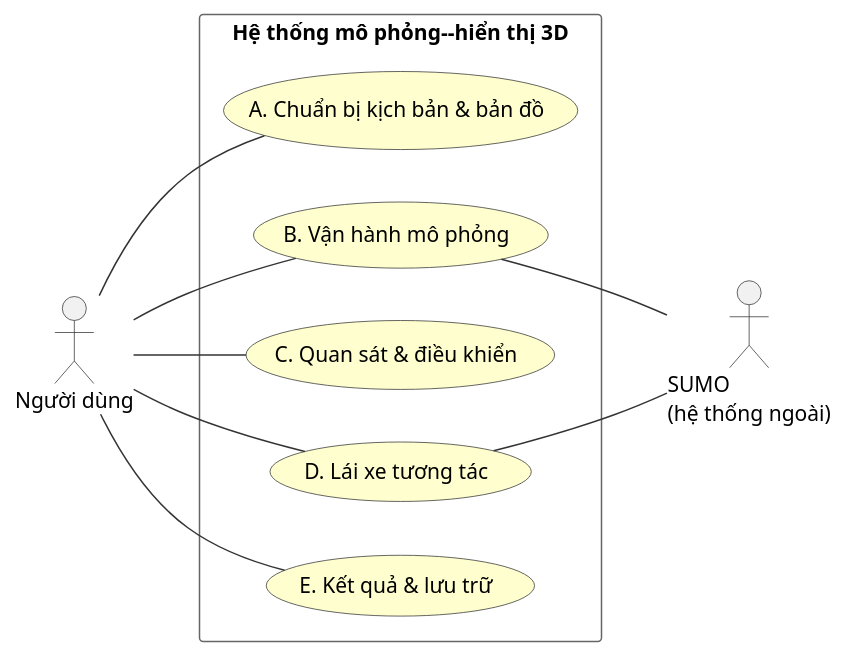
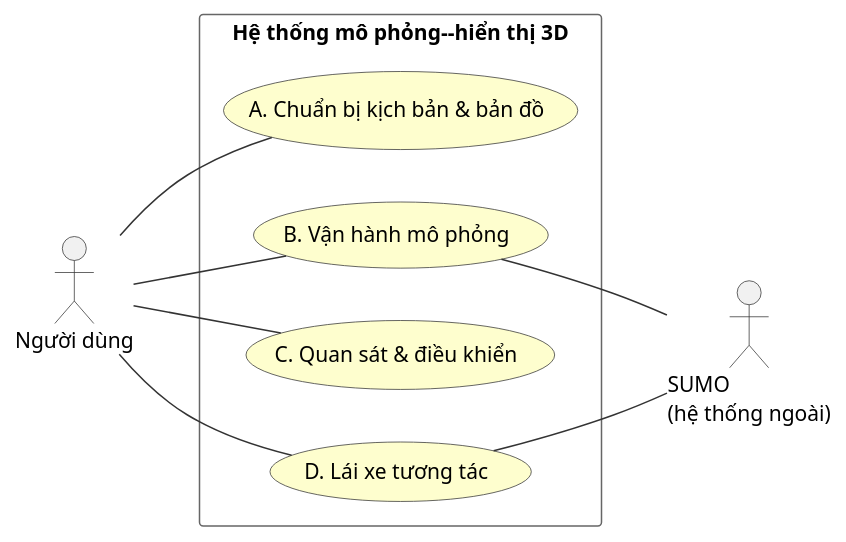
Before and after one commit to MinhHoang137/SUMO-GR1: the diagram in DiagramsCode/hinh2.2-usecase-tong-quat.puml, drawn with PlantUML. The commit also changed 12 other files, not shown here.

```diff
--- a/DiagramsCode/hinh2.2-usecase-tong-quat.puml
+++ b/DiagramsCode/hinh2.2-usecase-tong-quat.puml
@@ -1,31 +1,29 @@
 @startuml hinh2.2-usecase-tong-quat
 left to right direction
 skinparam packageStyle rectangle
 skinparam usecaseBorderColor #333333
 skinparam usecaseBackgroundColor #FEFECE
 skinparam actorBorderColor #333333
 skinparam ArrowColor #333333
 skinparam packageBorderColor #666666
 skinparam packageFontStyle bold
 
 actor "Người dùng" as User
 actor "SUMO\n(hệ thống ngoài)" as SUMO
 
 rectangle "Hệ thống mô phỏng--hiển thị 3D" {
   usecase "A. Chuẩn bị kịch bản & bản đồ" as A
   usecase "B. Vận hành mô phỏng" as B
   usecase "C. Quan sát & điều khiển" as C
   usecase "D. Lái xe tương tác" as D
-  usecase "E. Kết quả & lưu trữ" as E
 }
 
 User -- A
 User -- B
 User -- C
 User -- D
-User -- E
 
 B -- SUMO
 D -- SUMO
 
 @enduml
```
